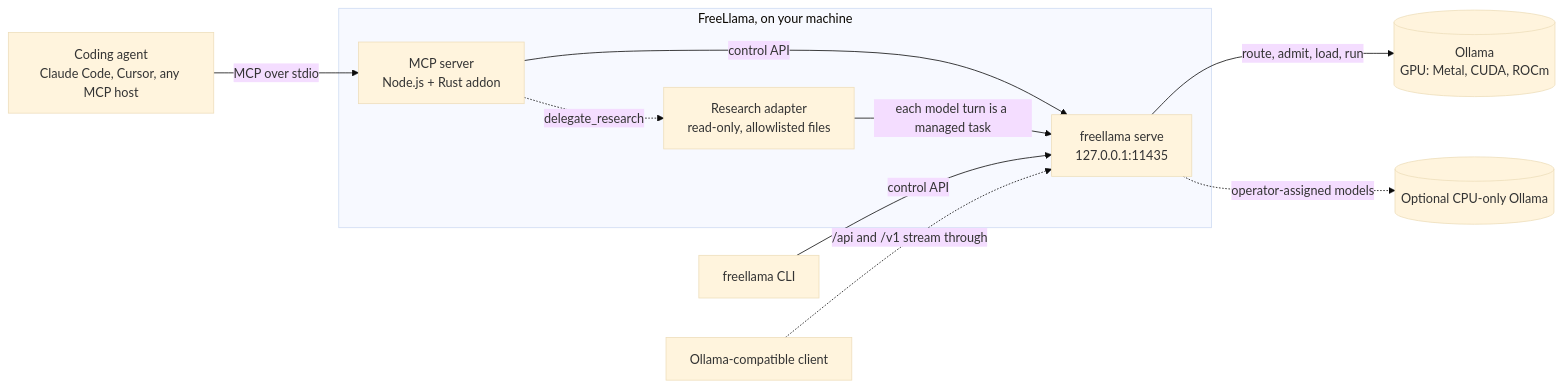
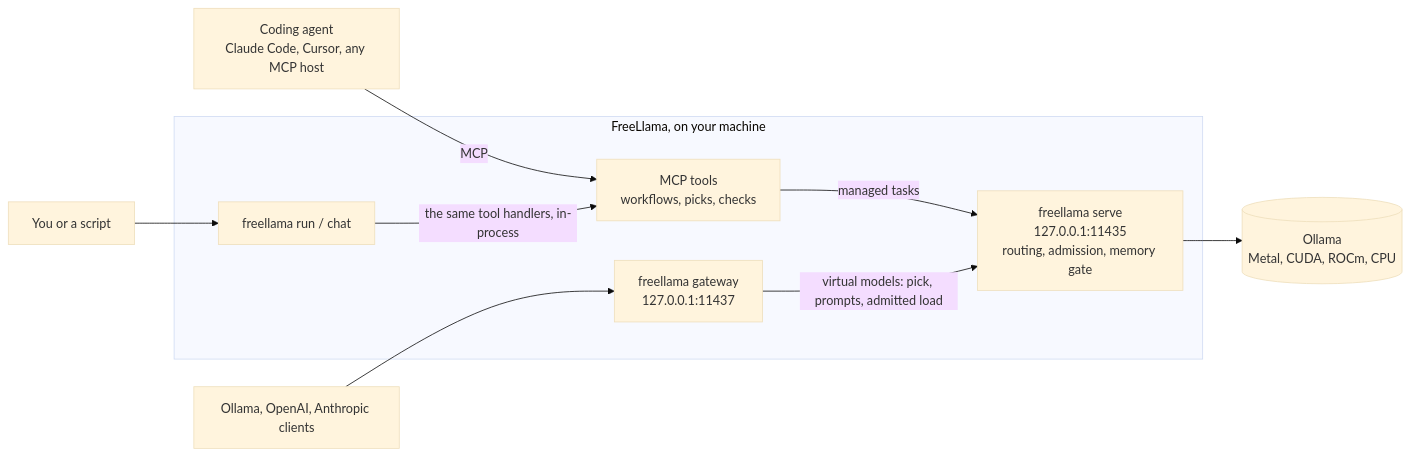
Before and after one commit to bgauryy/FreeLlama: the second of 5 diagrams in README.md, drawn with Mermaid (base theme). The commit also changed other lines of this file and 237 other files, not shown here.

First line of the commit message:
Feat/fllama agent cli (#19)

````diff
--- a/README.md
+++ b/README.md
@@ -13,22 +36,21 @@
 ```mermaid
 flowchart LR
     agent["Coding agent<br/>Claude Code, Cursor, any MCP host"]
-    cli["freellama CLI"]
-    raw["Ollama-compatible client"]
+    you["You or a script"]
+    client["Ollama, OpenAI, Anthropic clients"]
     subgraph fl["FreeLlama, on your machine"]
-        mcp["MCP server<br/>Node.js + Rust addon"]
-        serve["freellama serve<br/>127.0.0.1:11435"]
-        research["Research adapter<br/>read-only, allowlisted files"]
+        mcp["MCP tools<br/>workflows, picks, checks"]
+        cli["freellama run / chat"]
+        gw["freellama gateway<br/>127.0.0.1:11437"]
+        serve["freellama serve<br/>127.0.0.1:11435<br/>routing, admission, memory gate"]
     end
-    gpu[("Ollama<br/>GPU: Metal, CUDA, ROCm")]
-    cpu[("Optional CPU-only Ollama")]
+    ollama[("Ollama<br/>Metal, CUDA, ROCm, CPU")]
 
-    agent -->|"MCP over stdio"| mcp
-    mcp -->|"control API"| serve
-    cli -->|"control API"| serve
-    raw -.->|"/api and /v1 stream through"| serve
-    mcp -.->|"delegate_research"| research
-    research -->|"each model turn is a managed task"| serve
-    serve -->|"route, admit, load, run"| gpu
-    serve -.->|"operator-assigned models"| cpu
+    agent -->|"MCP"| mcp
+    you --> cli
+    cli -->|"the same tool handlers, in-process"| mcp
+    client --> gw
+    mcp -->|"managed tasks"| serve
+    gw -->|"virtual models: pick, prompts, admitted load"| serve
+    serve --> ollama
 ```
````
